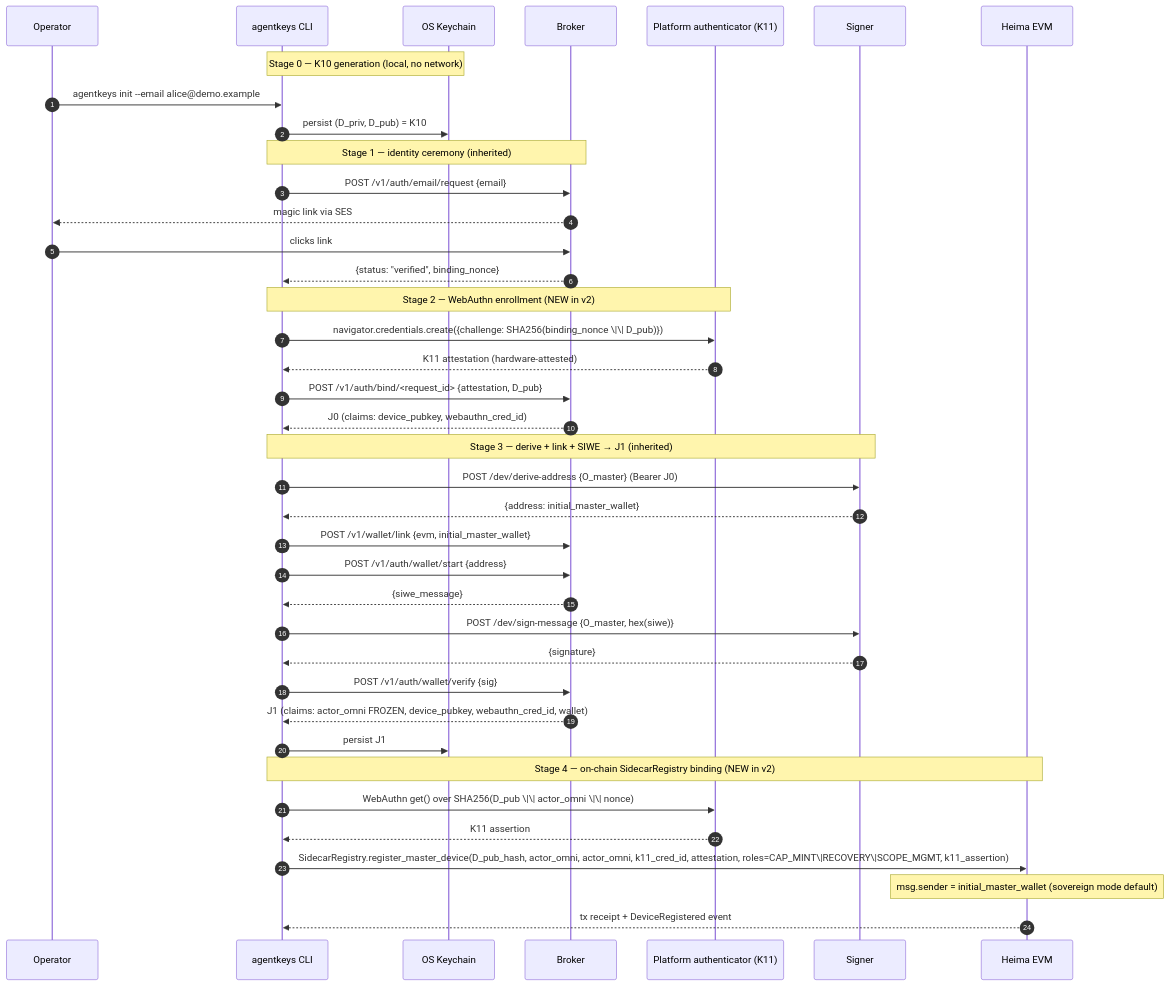
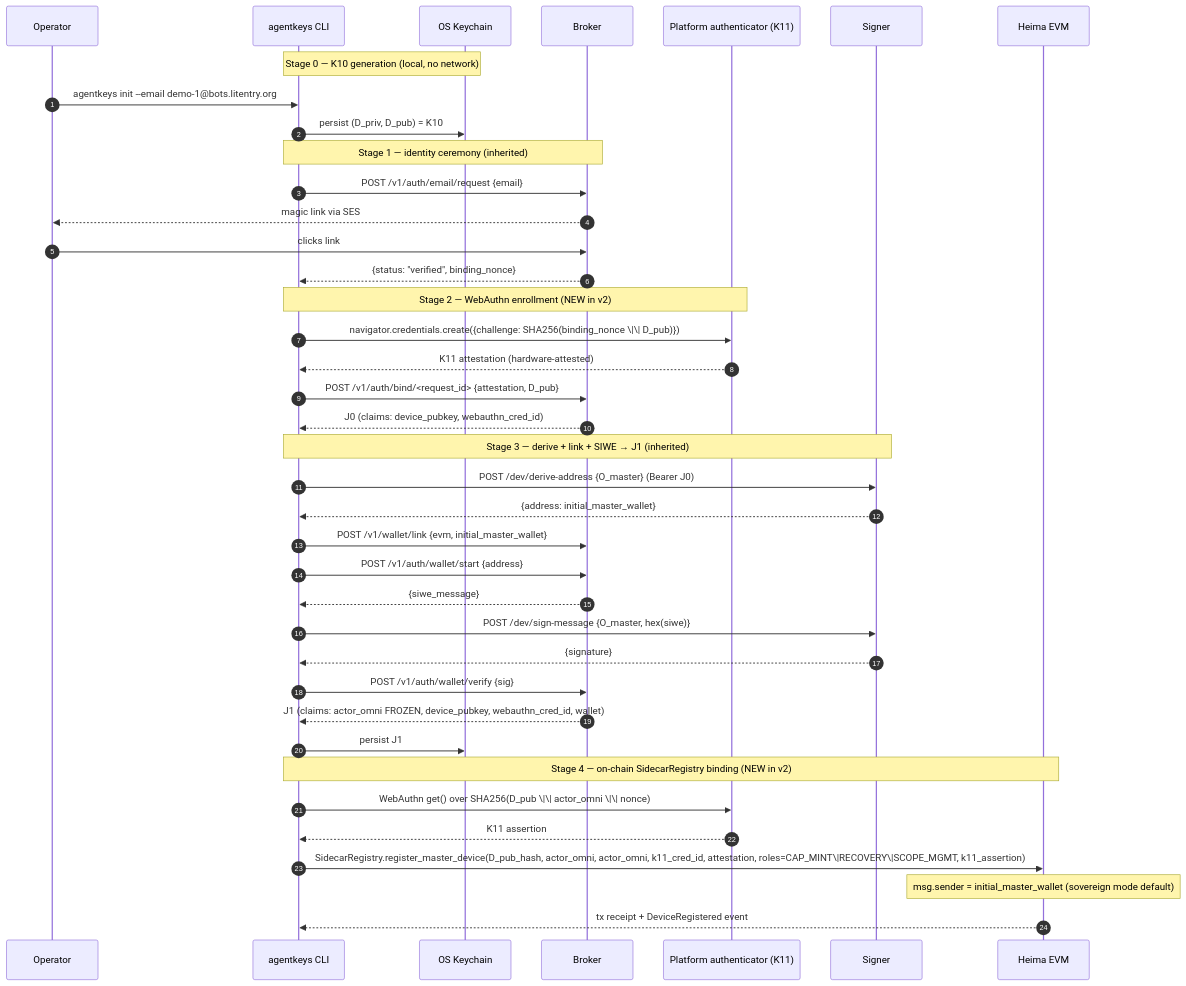
One commit to joker4002/agentKeys changed the diagram in docs/v2-stage1-migration-and-demo.md. Above: the diagram before and after it, drawn with Mermaid. The commit also changed other lines of this file and 1 other file, not shown here.

````diff
--- a/docs/v2-stage1-migration-and-demo.md
+++ b/docs/v2-stage1-migration-and-demo.md
@@ -368,46 +414,46 @@
 ```mermaid
 sequenceDiagram
   autonumber
   participant Op as Operator
   participant CLI as agentkeys CLI
   participant KC as OS Keychain
   participant Brk as Broker
   participant PA as Platform authenticator (K11)
   participant Sig as Signer
   participant Heima as Heima EVM
 
   Note over CLI,KC: Stage 0 — K10 generation (local, no network)
-  Op->>CLI: agentkeys init --email alice@demo.example
+  Op->>CLI: agentkeys init --email demo-1@bots.litentry.org
   CLI->>KC: persist (D_priv, D_pub) = K10
 
   Note over CLI,Brk: Stage 1 — identity ceremony (inherited)
   CLI->>Brk: POST /v1/auth/email/request {email}
   Brk-->>Op: magic link via SES
   Op->>Brk: clicks link
   Brk-->>CLI: {status: "verified", binding_nonce}
 
   Note over CLI,PA: Stage 2 — WebAuthn enrollment (NEW in v2)
   CLI->>PA: navigator.credentials.create({challenge: SHA256(binding_nonce \|\| D_pub)})
   PA-->>CLI: K11 attestation (hardware-attested)
   CLI->>Brk: POST /v1/auth/bind/<request_id> {attestation, D_pub}
   Brk-->>CLI: J0 (claims: device_pubkey, webauthn_cred_id)
 
   Note over CLI,Sig: Stage 3 — derive + link + SIWE → J1 (inherited)
   CLI->>Sig: POST /dev/derive-address {O_master} (Bearer J0)
   Sig-->>CLI: {address: initial_master_wallet}
   CLI->>Brk: POST /v1/wallet/link {evm, initial_master_wallet}
   CLI->>Brk: POST /v1/auth/wallet/start {address}
   Brk-->>CLI: {siwe_message}
   CLI->>Sig: POST /dev/sign-message {O_master, hex(siwe)}
   Sig-->>CLI: {signature}
   CLI->>Brk: POST /v1/auth/wallet/verify {sig}
   Brk-->>CLI: J1 (claims: actor_omni FROZEN, device_pubkey, webauthn_cred_id, wallet)
   CLI->>KC: persist J1
 
   Note over CLI,Heima: Stage 4 — on-chain SidecarRegistry binding (NEW in v2)
   CLI->>PA: WebAuthn get() over SHA256(D_pub \|\| actor_omni \|\| nonce)
   PA-->>CLI: K11 assertion
   CLI->>Heima: SidecarRegistry.register_master_device(D_pub_hash, actor_omni, actor_omni, k11_cred_id, attestation, roles=CAP_MINT\|RECOVERY\|SCOPE_MGMT, k11_assertion)
   Note over Heima: msg.sender = initial_master_wallet (sovereign mode default)
   Heima-->>CLI: tx receipt + DeviceRegistered event
 ```
````
